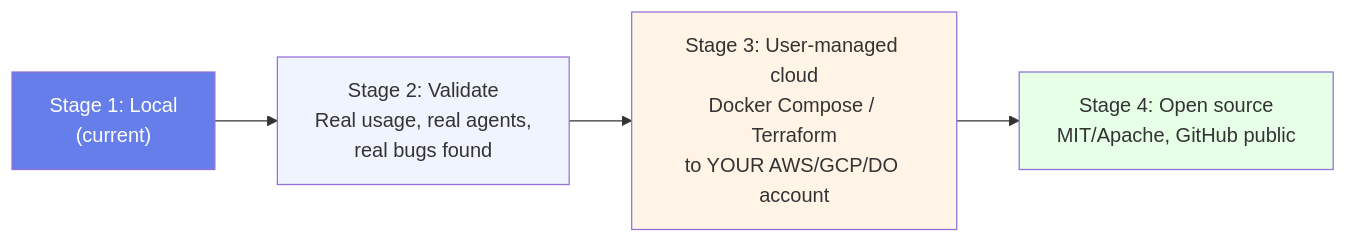
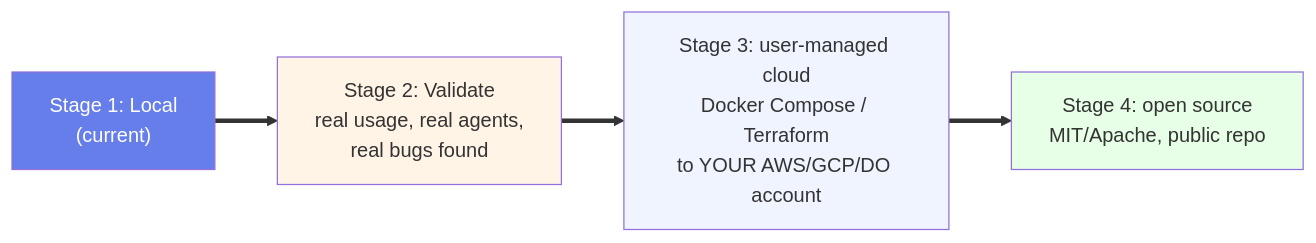
One commit to jacobcowanr/ValhallaAI changed the ninth of 10 diagrams in ARCHITECTURE.md. Above: the diagram before and after it, drawn with Mermaid. The commit also changed other lines of this file and 3 other files, not shown here.

Commit message:
Rewrite all four docs with detailed diagrams and verified facts

````diff
--- a/ARCHITECTURE.md
+++ b/ARCHITECTURE.md
@@ -462,11 +739,19 @@
 ```mermaid
 flowchart LR
-    Local["Stage 1: Local<br/>(current)"] --> Validate["Stage 2: Validate<br/>Real usage, real agents,<br/>real bugs found"]
-    Validate --> Cloud["Stage 3: User-managed cloud<br/>Docker Compose / Terraform<br/>to YOUR AWS/GCP/DO account"]
-    Cloud --> OpenSource["Stage 4: Open source<br/>MIT/Apache, GitHub public"]
+    accTitle: The four deployment stages
+    accDescr {
+        Stage one is local development, which is where the project is now.
+        Stage two is validation through real daily use, which is where real
+        bugs get found. Stage three is deployment to a cloud account the user
+        owns, and stage four is opening the source. Each stage is a gate that
+        is not skipped, and stage two is explicitly not a deadline.
+    }
+    Local["Stage 1: Local<br/>(current)"] ==> Validate["Stage 2: Validate<br/>real usage, real agents,<br/>real bugs found"]
+    Validate ==> Cloud["Stage 3: user-managed cloud<br/>Docker Compose / Terraform<br/>to YOUR AWS/GCP/DO account"]
+    Cloud ==> OpenSource["Stage 4: open source<br/>MIT/Apache, public repo"]
 
     style Local fill:#667eea,color:#fff
-    style Validate fill:#f0f4ff
-    style Cloud fill:#fff4e6
+    style Validate fill:#fff4e6
+    style Cloud fill:#f0f4ff
     style OpenSource fill:#e6ffe6
 ```
````
